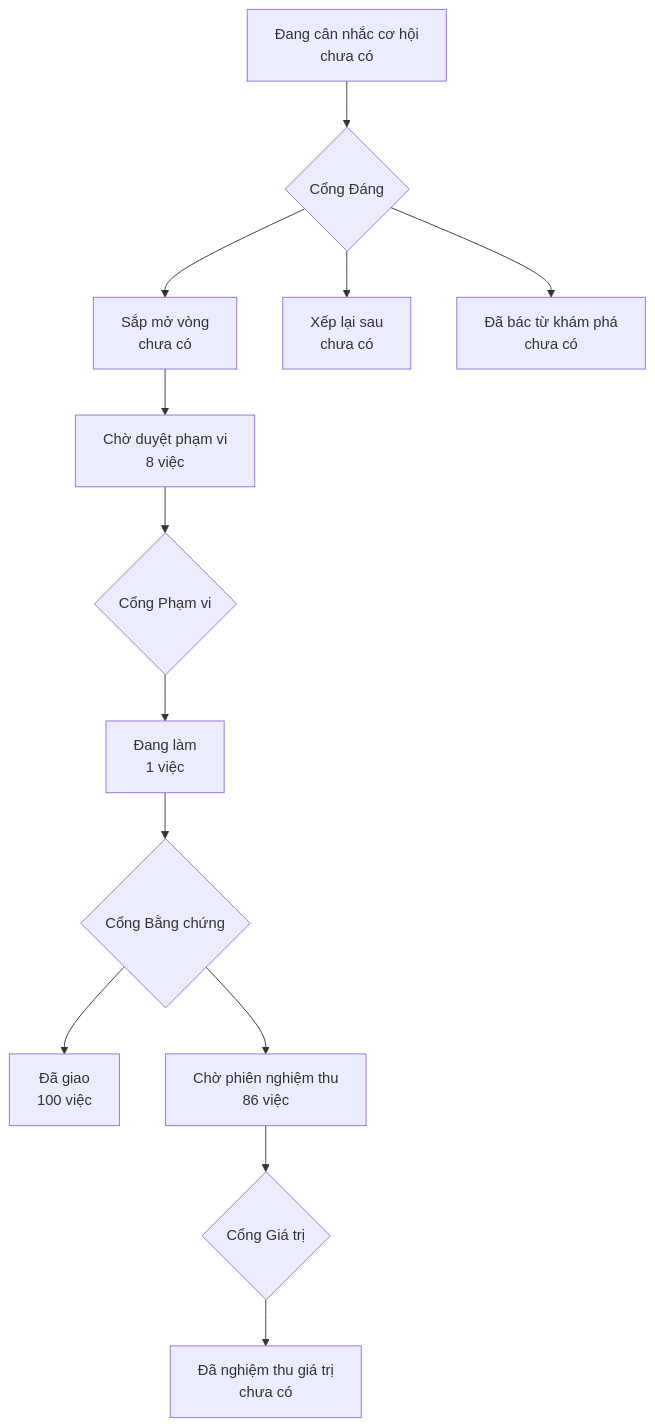
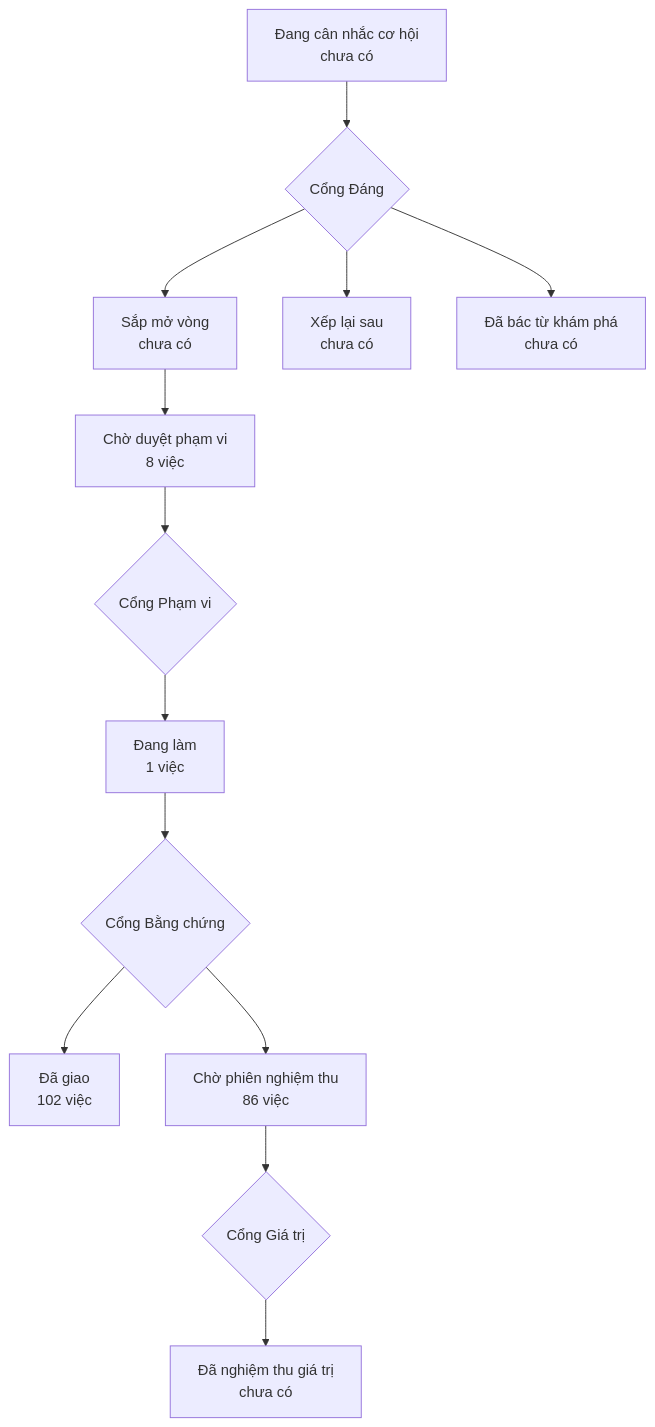
The diagram in PRODUCT-MAP.md (phanlemanh/onehub-invest), drawn with Mermaid before and after one commit. The commit also changed other lines of this file and 1 other file, not shown here.

Commit message:
chore(acceptance): vẽ lại bản đồ sau gộp main

````diff
--- a/PRODUCT-MAP.md
+++ b/PRODUCT-MAP.md
@@ -7,12 +7,12 @@
 ```mermaid
 flowchart TD
   A["Đang cân nhắc cơ hội<br/>chưa có"] --> GD{"Cổng Đáng"}
   GD --> B["Sắp mở vòng<br/>chưa có"]
   GD --> XL["Xếp lại sau<br/>chưa có"]
   GD --> DB["Đã bác từ khám phá<br/>chưa có"]
   B --> CD["Chờ duyệt phạm vi<br/>8 việc"] --> GP{"Cổng Phạm vi"}
   GP --> DL["Đang làm<br/>1 việc"] --> GB{"Cổng Bằng chứng"}
-  GB --> DG["Đã giao<br/>100 việc"]
+  GB --> DG["Đã giao<br/>102 việc"]
   GB --> CN["Chờ phiên nghiệm thu<br/>86 việc"] --> GG{"Cổng Giá trị"}
   GG --> NT["Đã nghiệm thu giá trị<br/>chưa có"]
 ```
````
